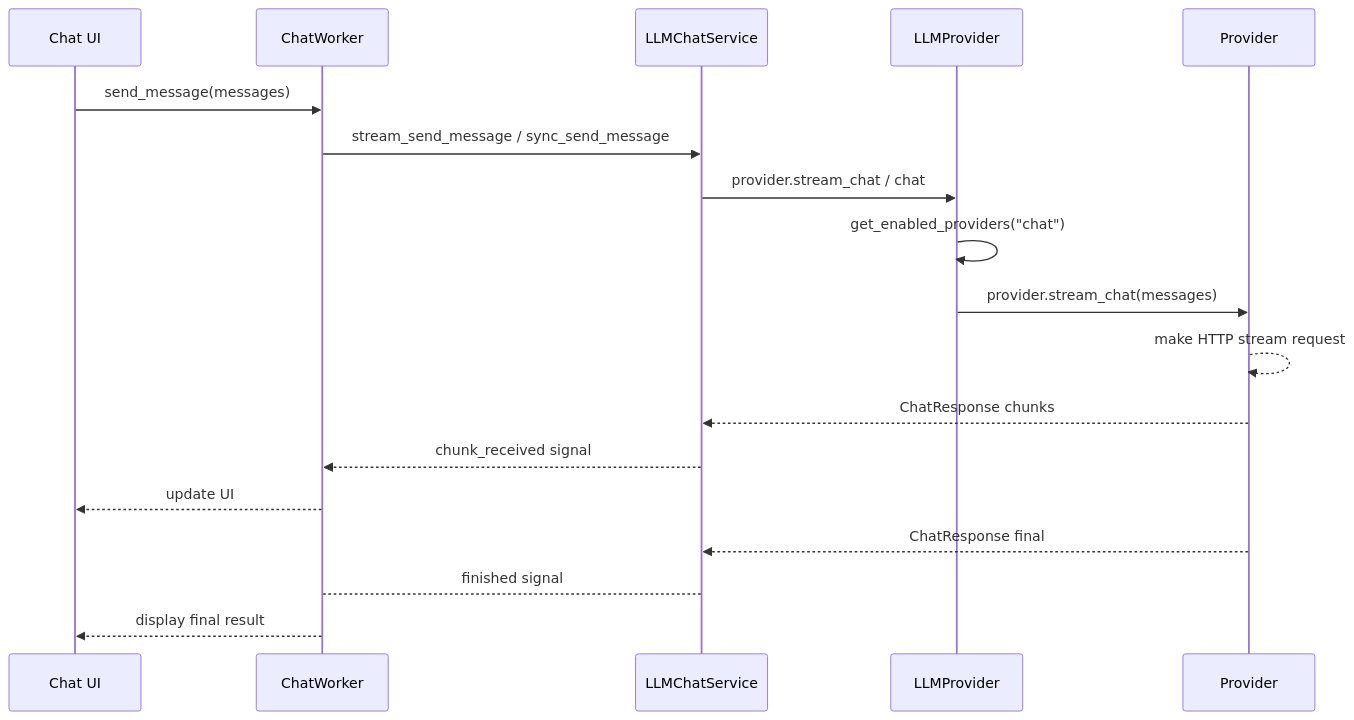
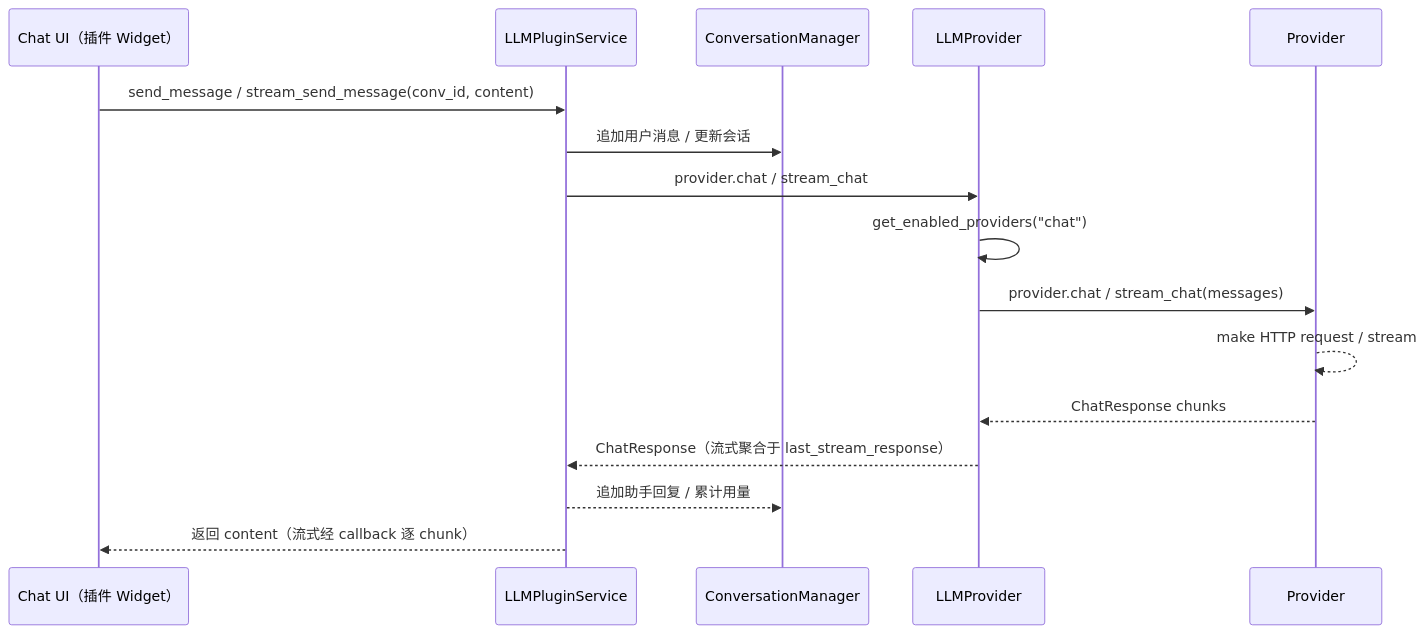
Before and after one commit to KKPIP-Tech/InstructionX: diagram 13 of 14 in docs/architecture/full-analysis.md, drawn with Mermaid. The commit also changed other lines of this file and 22 other files, not shown here.

````diff
--- a/docs/architecture/full-analysis.md
+++ b/docs/architecture/full-analysis.md
@@ -810,21 +811,19 @@
 ```mermaid
 sequenceDiagram
-    participant UI as Chat UI
-    participant Worker as ChatWorker
-    participant Service as LLMChatService
+    participant UI as Chat UI（插件 Widget）
+    participant SVC as LLMPluginService
+    participant CM as ConversationManager
     participant LLMP as LLMProvider
     participant Prov as Provider
 
-    UI->>Worker: send_message(messages)
-    Worker->>Service: stream_send_message / sync_send_message
-    Service->>LLMP: provider.stream_chat / chat
+    UI->>SVC: send_message / stream_send_message(conv_id, content)
+    SVC->>CM: 追加用户消息 / 更新会话
+    SVC->>LLMP: provider.chat / stream_chat
     LLMP->>LLMP: get_enabled_providers("chat")
-    LLMP->>Prov: provider.stream_chat(messages)
-    Prov-->>Prov: make HTTP stream request
-    Prov-->>Service: ChatResponse chunks
-    Service-->>Worker: chunk_received signal
-    Worker-->>UI: update UI
-    Prov-->>Service: ChatResponse final
-    Service-->Worker: finished signal
-    Worker-->>UI: display final result
+    LLMP->>Prov: provider.chat / stream_chat(messages)
+    Prov-->>Prov: make HTTP request / stream
+    Prov-->>LLMP: ChatResponse chunks
+    LLMP-->>SVC: ChatResponse（流式聚合于 last_stream_response）
+    SVC-->>CM: 追加助手回复 / 累计用量
+    SVC-->>UI: 返回 content（流式经 callback 逐 chunk）
 ```
````
